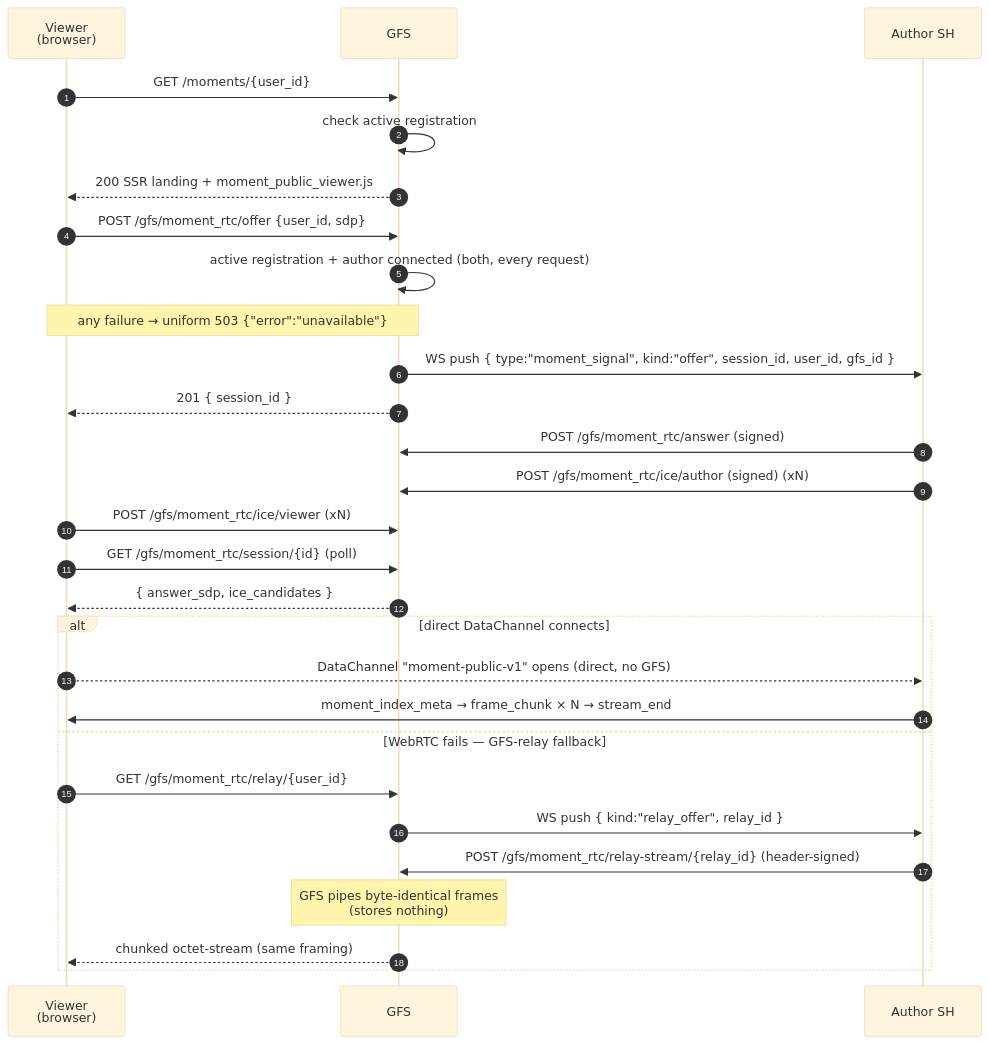
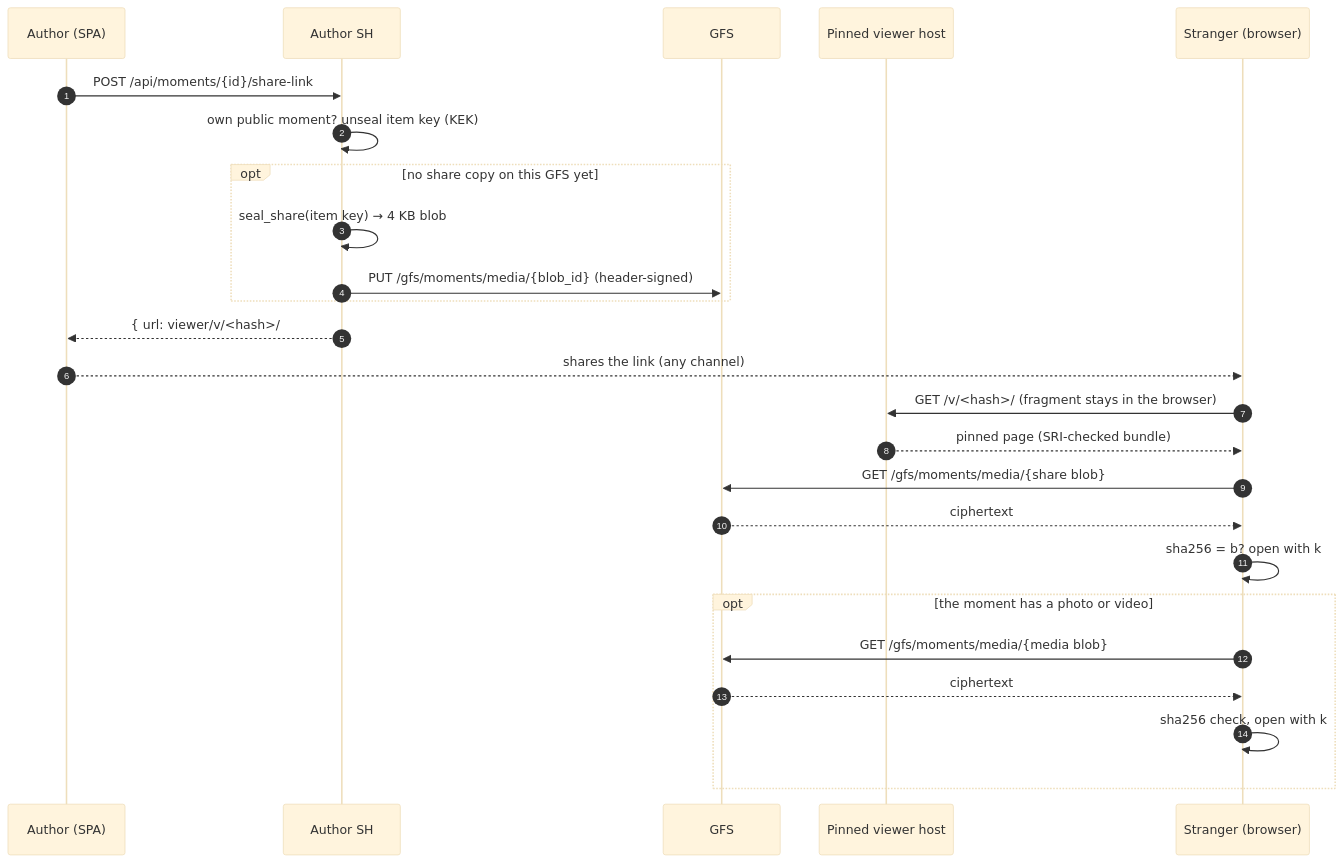
Before and after one commit to social-home-io/socialhome: the fifth of 5 diagrams in docs/protocol/momentum_public.md, drawn with Mermaid (base theme). The commit also changed other lines of this file and 10 other files, not shown here.

````diff
--- a/docs/protocol/momentum_public.md
+++ b/docs/protocol/momentum_public.md
@@ -639,31 +636,28 @@
 ```mermaid
 sequenceDiagram
   autonumber
-  participant V as Viewer<br/>(browser)
+  participant U as Author (SPA)
+  participant A as Author SH
   participant G as GFS
-  participant A as Author SH
+  participant P as Pinned viewer host
+  participant V as Stranger (browser)
 
-  V->>G: GET /moments/{user_id}
-  G->>G: check active registration
-  G-->>V: 200 SSR landing + moment_public_viewer.js
-  V->>G: POST /gfs/moment_rtc/offer {user_id, sdp}
-  G->>G: active registration + author connected (both, every request)
-  Note over G,V: any failure → uniform 503 {"error":"unavailable"}
-  G->>A: WS push { type:"moment_signal", kind:"offer", session_id, user_id, gfs_id }
-  G-->>V: 201 { session_id }
-  A->>G: POST /gfs/moment_rtc/answer (signed)
-  A->>G: POST /gfs/moment_rtc/ice/author (signed) (xN)
-  V->>G: POST /gfs/moment_rtc/ice/viewer (xN)
-  V->>G: GET /gfs/moment_rtc/session/{id} (poll)
-  G-->>V: { answer_sdp, ice_candidates }
-  alt direct DataChannel connects
-    V-->>A: DataChannel "moment-public-v1" opens (direct, no GFS)
-    A->>V: moment_index_meta → frame_chunk × N → stream_end
-  else WebRTC fails — GFS-relay fallback
-    V->>G: GET /gfs/moment_rtc/relay/{user_id}
-    G->>A: WS push { kind:"relay_offer", relay_id }
-    A->>G: POST /gfs/moment_rtc/relay-stream/{relay_id} (header-signed)
-    Note over G: GFS pipes byte-identical frames<br/>(stores nothing)
-    G-->>V: chunked octet-stream (same framing)
+  U->>A: POST /api/moments/{id}/share-link
+  A->>A: own public moment? unseal item key (KEK)
+  opt no share copy on this GFS yet
+    A->>A: seal_share(item key) → 4 KB blob
+    A->>G: PUT /gfs/moments/media/{blob_id} (header-signed)
+  end
+  A-->>U: { url: viewer/v/<hash>/#g&a&m&b&k }
+  U-->>V: shares the link (any channel)
+  V->>P: GET /v/<hash>/ (fragment stays in the browser)
+  P-->>V: pinned page (SRI-checked bundle)
+  V->>G: GET /gfs/moments/media/{share blob}
+  G-->>V: ciphertext
+  V->>V: sha256 = b? open with k
+  opt the moment has a photo or video
+    V->>G: GET /gfs/moments/media/{media blob}
+    G-->>V: ciphertext
+    V->>V: sha256 check, open with k
   end
 ```
````
